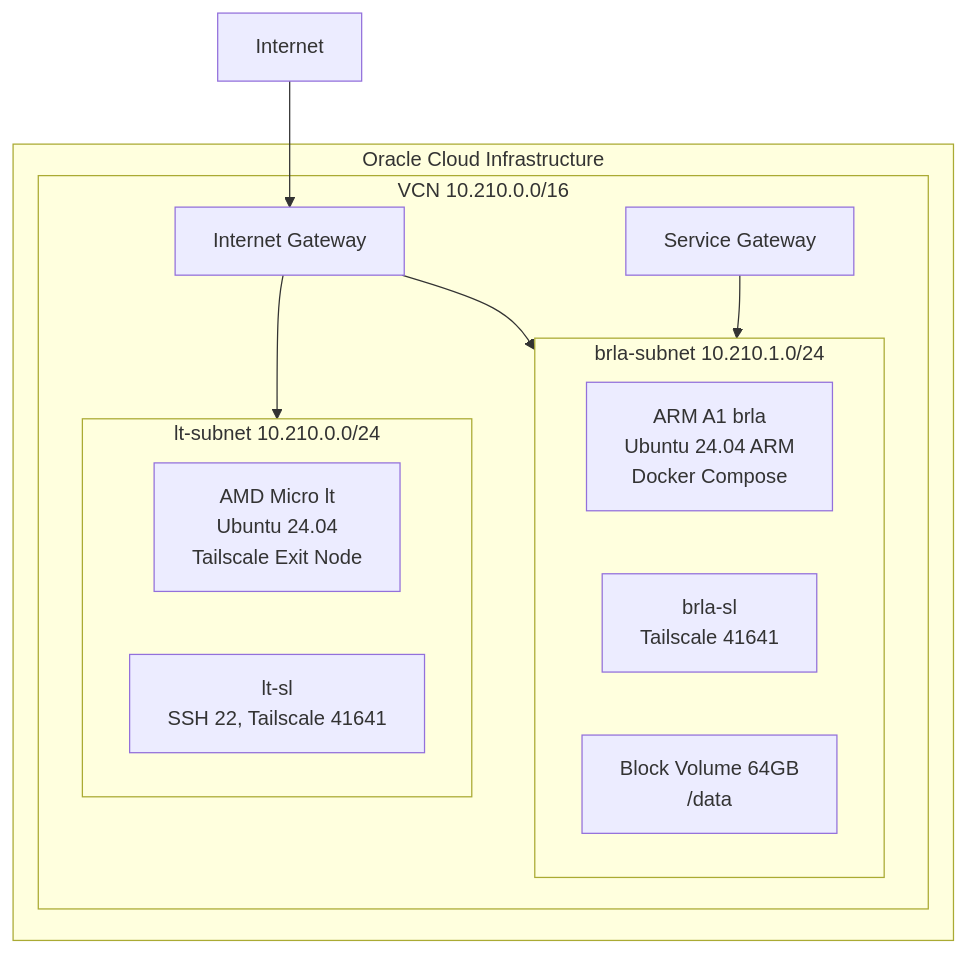
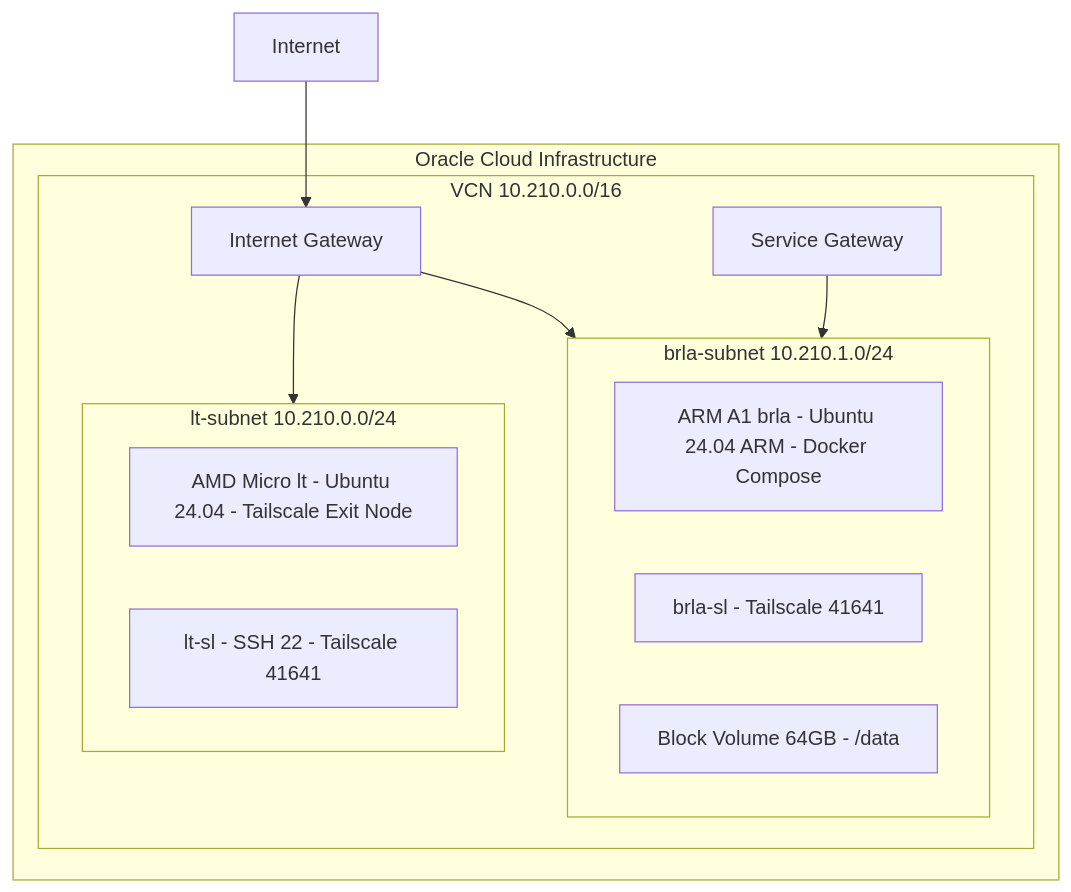
One commit to deuxksy/twenty-four-seven-three-sixty-five changed the diagram in CLAUDE.md. Above: the diagram before and after it, drawn with Mermaid. The commit also changed other lines of this file and 10 other files, not shown here.

````diff
--- a/CLAUDE.md
+++ b/CLAUDE.md
@@ -60,26 +68,26 @@
 ```mermaid
 graph TD
   subgraph OCI[Oracle Cloud Infrastructure]
     subgraph VCN[VCN 10.210.0.0/16]
       IGW[Internet Gateway]
       SGW[Service Gateway]
 
       subgraph lt-subnet[lt-subnet 10.210.0.0/24]
-        lt[AMD Micro lt<br/>Ubuntu 24.04<br/>Tailscale Exit Node]
-        lt-sl[lt-sl<br/>SSH 22, Tailscale 41641]
+        lt[AMD Micro lt - Ubuntu 24.04 - Tailscale Exit Node]
+        lt-sl[lt-sl - SSH 22 - Tailscale 41641]
       end
 
       subgraph brla-subnet[brla-subnet 10.210.1.0/24]
-        brla[ARM A1 brla<br/>Ubuntu 24.04 ARM<br/>Docker Compose]
-        brla-sl[brla-sl<br/>Tailscale 41641]
-        BV[Block Volume 64GB<br/>/data]
+        brla[ARM A1 brla - Ubuntu 24.04 ARM - Docker Compose]
+        brla-sl[brla-sl - Tailscale 41641]
+        BV[Block Volume 64GB - /data]
       end
 
       IGW --> lt-subnet
       IGW --> brla-subnet
       SGW --> brla-subnet
     end
   end
 
   Internet --> IGW
 ```
````
